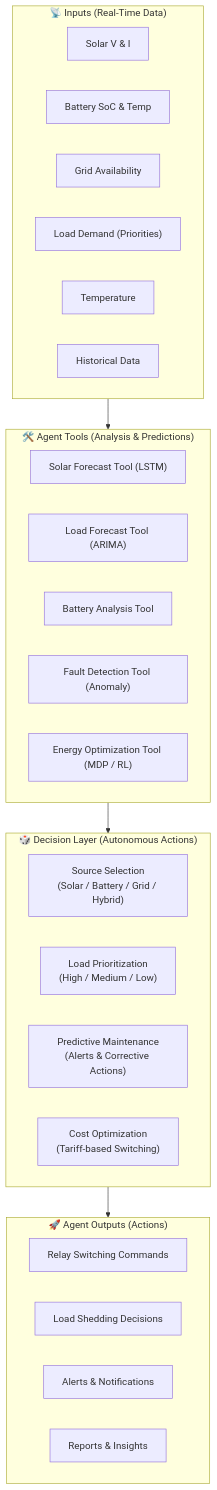
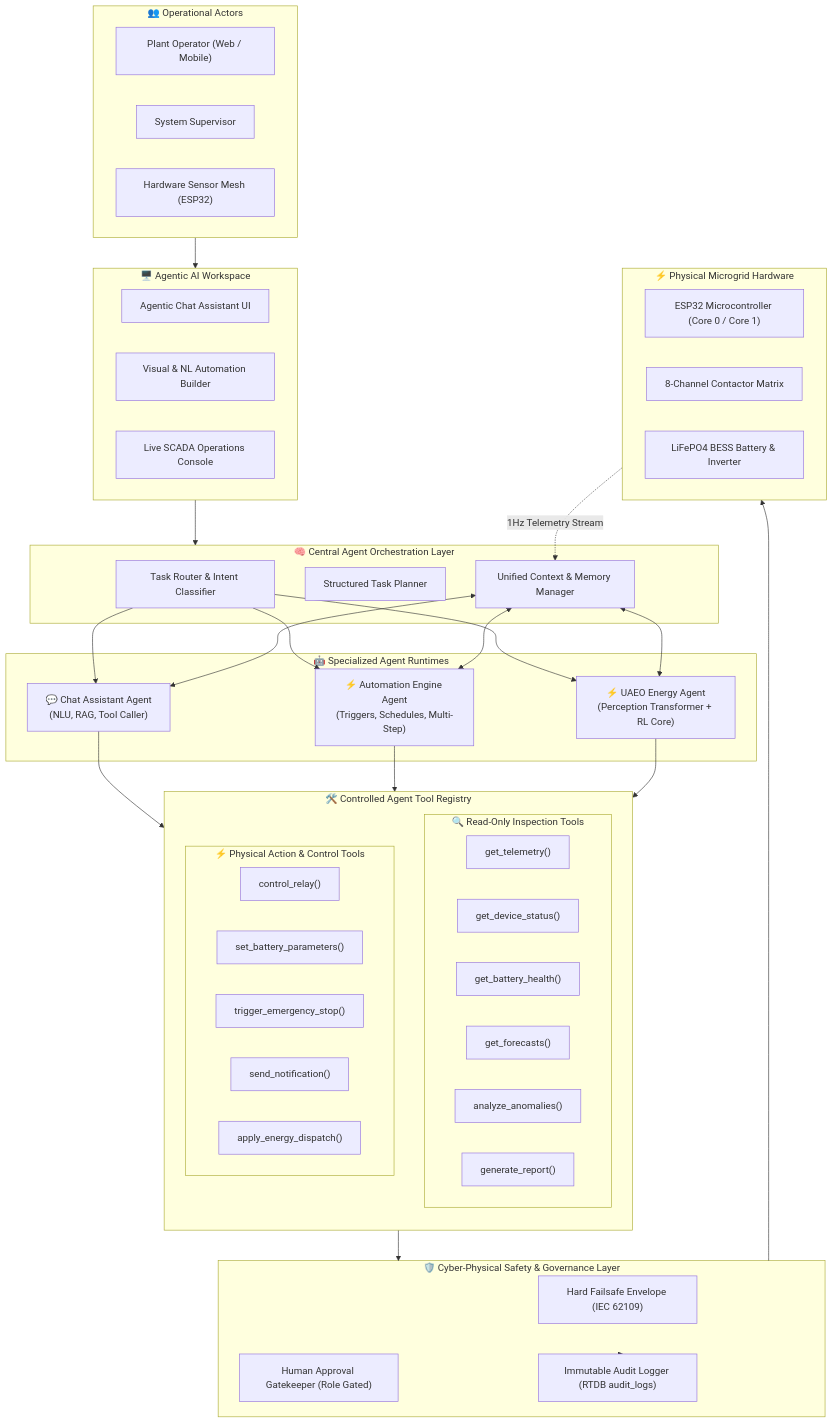
One commit to Mekesh-Engineer/gridflowx changed the first of 5 diagrams in Docs/05_Agentic_AI_Model.md. Above: the diagram before and after it, drawn with Mermaid. The commit also changed other lines of this file and 679 other files, not shown here.

````diff
--- a/Docs/05_Agentic_AI_Model.md
+++ b/Docs/05_Agentic_AI_Model.md
@@ -59,37 +54,68 @@
 ```mermaid
 flowchart TD
-    subgraph INPUTS ["📡 Inputs (Real-Time Data)"]
-        IN1["Solar V & I"]
-        IN2["Battery SoC & Temp"]
-        IN3["Grid Availability"]
-        IN4["Load Demand (Priorities)"]
-        IN5["Temperature"]
-        IN6["Historical Data"]
+    subgraph USERS ["👥 Operational Actors"]
+        U1["Plant Operator (Web / Mobile)"]
+        U2["System Supervisor"]
+        U3["Hardware Sensor Mesh (ESP32)"]
     end
 
-    subgraph TOOLS ["🛠️ Agent Tools (Analysis & Predictions)"]
-        T1["Solar Forecast Tool (LSTM)"]
-        T2["Load Forecast Tool (ARIMA)"]
-        T3["Battery Analysis Tool"]
-        T4["Fault Detection Tool (Anomaly)"]
-        T5["Energy Optimization Tool (MDP / RL)"]
+    subgraph INTERFACE ["🖥️ Agentic AI Workspace"]
+        UI_CHAT["Agentic Chat Assistant UI"]
+        UI_BUILDER["Visual & NL Automation Builder"]
+        UI_OPS["Live SCADA Operations Console"]
     end
 
-    subgraph DECISION ["🎲 Decision Layer (Autonomous Actions)"]
-        D1["Source Selection\n(Solar / Battery / Grid / Hybrid)"]
-        D2["Load Prioritization\n(High / Medium / Low)"]
-        D3["Predictive Maintenance\n(Alerts & Corrective Actions)"]
-        D4["Cost Optimization\n(Tariff-based Switching)"]
+    subgraph ORCHESTRATION ["🧠 Central Agent Orchestration Layer"]
+        ROUTER["Task Router & Intent Classifier"]
+        PLANNER["Structured Task Planner"]
+        CONTEXT_MGR["Unified Context & Memory Manager"]
     end
 
-    subgraph OUTPUTS ["🚀 Agent Outputs (Actions)"]
-        O1["Relay Switching Commands"]
-        O2["Load Shedding Decisions"]
-        O3["Alerts & Notifications"]
-        O4["Reports & Insights"]
+    subgraph AGENTS ["🤖 Specialized Agent Runtimes"]
+        CHAT_AGENT["💬 Chat Assistant Agent\n(NLU, RAG, Tool Caller)"]
+        AUTO_AGENT["⚡ Automation Engine Agent\n(Triggers, Schedules, Multi-Step)"]
+        ENERGY_AGENT["⚡ UAEO Energy Agent\n(Perception Transformer + RL Core)"]
     end
 
-    INPUTS --> TOOLS
-    TOOLS --> DECISION
-    DECISION --> OUTPUTS
+    subgraph REGISTRY ["🛠️ Controlled Agent Tool Registry"]
+        direction TB
+        subgraph READ_TOOLS ["🔍 Read-Only Inspection Tools"]
+            T_TEL["get_telemetry()"]
+            T_DEV["get_device_status()"]
+            T_BAT["get_battery_health()"]
+            T_FC["get_forecasts()"]
+            T_ANOM["analyze_anomalies()"]
+            T_REP["generate_report()"]
+        end
+        subgraph ACTION_TOOLS ["⚡ Physical Action & Control Tools"]
+            T_RELAY["control_relay()"]
+            T_BAT_SET["set_battery_parameters()"]
+            T_ESTOP["trigger_emergency_stop()"]
+            T_NOTIF["send_notification()"]
+            T_DISP["apply_energy_dispatch()"]
+        end
+    end
+
+    subgraph SAFETY ["🛡️ Cyber-Physical Safety & Governance Layer"]
+        FAILSAFE["Hard Failsafe Envelope (IEC 62109)"]
+        HITL["Human Approval Gatekeeper (Role Gated)"]
+        AUDIT["Immutable Audit Logger (RTDB audit_logs)"]
+    end
+
+    subgraph PHYSICAL ["⚡ Physical Microgrid Hardware"]
+        ESP32["ESP32 Microcontroller (Core 0 / Core 1)"]
+        RELAYS["8-Channel Contactor Matrix"]
+        BESS["LiFePO4 BESS Battery & Inverter"]
+    end
+
+    USERS --> INTERFACE
+    INTERFACE --> ORCHESTRATION
+    ROUTER --> CHAT_AGENT & AUTO_AGENT & ENERGY_AGENT
+    CONTEXT_MGR <--> CHAT_AGENT & AUTO_AGENT & ENERGY_AGENT
+
+    CHAT_AGENT & AUTO_AGENT & ENERGY_AGENT --> REGISTRY
+    REGISTRY --> SAFETY
+    SAFETY --> PHYSICAL
+    SAFETY --> AUDIT
+    PHYSICAL -.->|"1Hz Telemetry Stream"| CONTEXT_MGR
 ```
````
